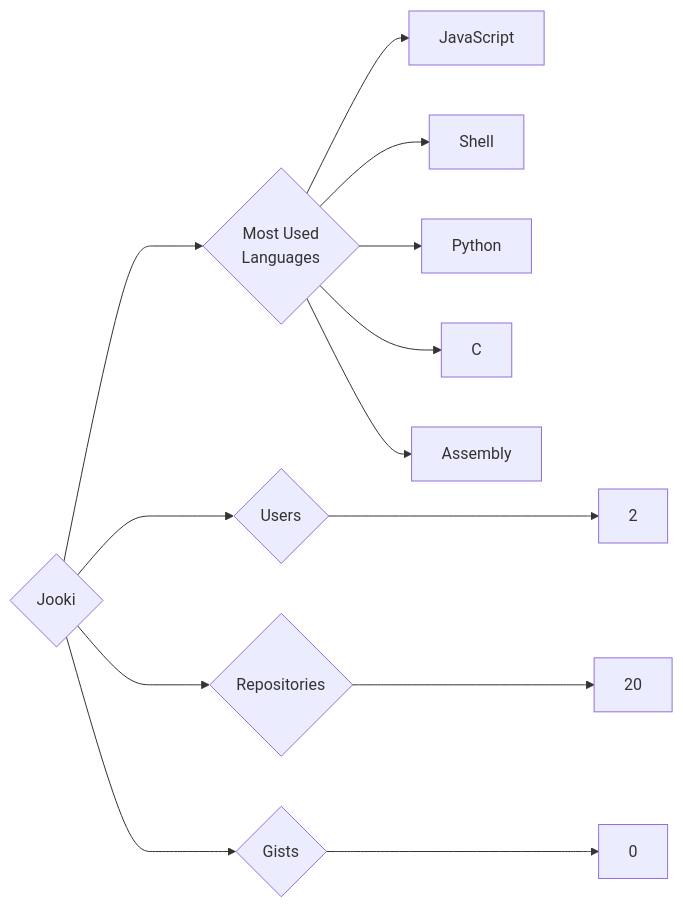
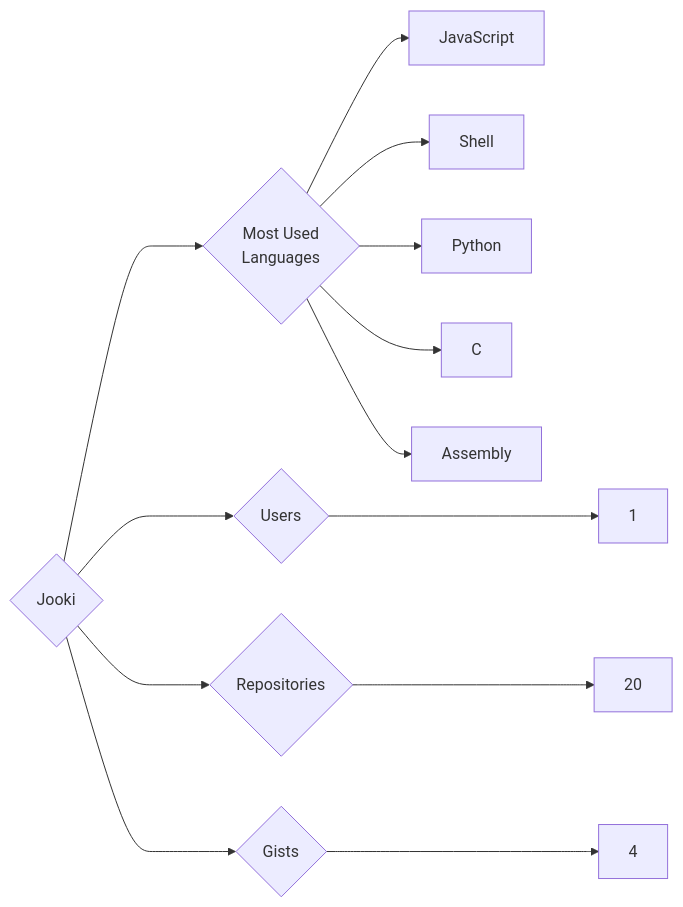
Before and after one commit to trickest/insiders: the diagram in targets/Jooki/README.md, drawn with Mermaid. The commit also changed 1248 other files, not shown here.

````diff
--- a/targets/Jooki/README.md
+++ b/targets/Jooki/README.md
@@ -3,13 +3,13 @@
 ```mermaid
 graph LR
 COMPANY_NAME{Jooki}
-COMPANY_NAME ---> U{Users} ---> UN[2]
+COMPANY_NAME ---> U{Users} ---> UN[1]
 COMPANY_NAME ---> R{Repositories} ---> RN[20]
-COMPANY_NAME ---> G{Gists} ---> GN[0]
+COMPANY_NAME ---> G{Gists} ---> GN[4]
 COMPANY_NAME ---> ML{Most Used<br>Languages}
 ML --> JavaScript[JavaScript]
 ML --> Shell[Shell]
 ML --> Python[Python]
 ML --> C[C]
 ML --> Assembly[Assembly]
 ```
````
